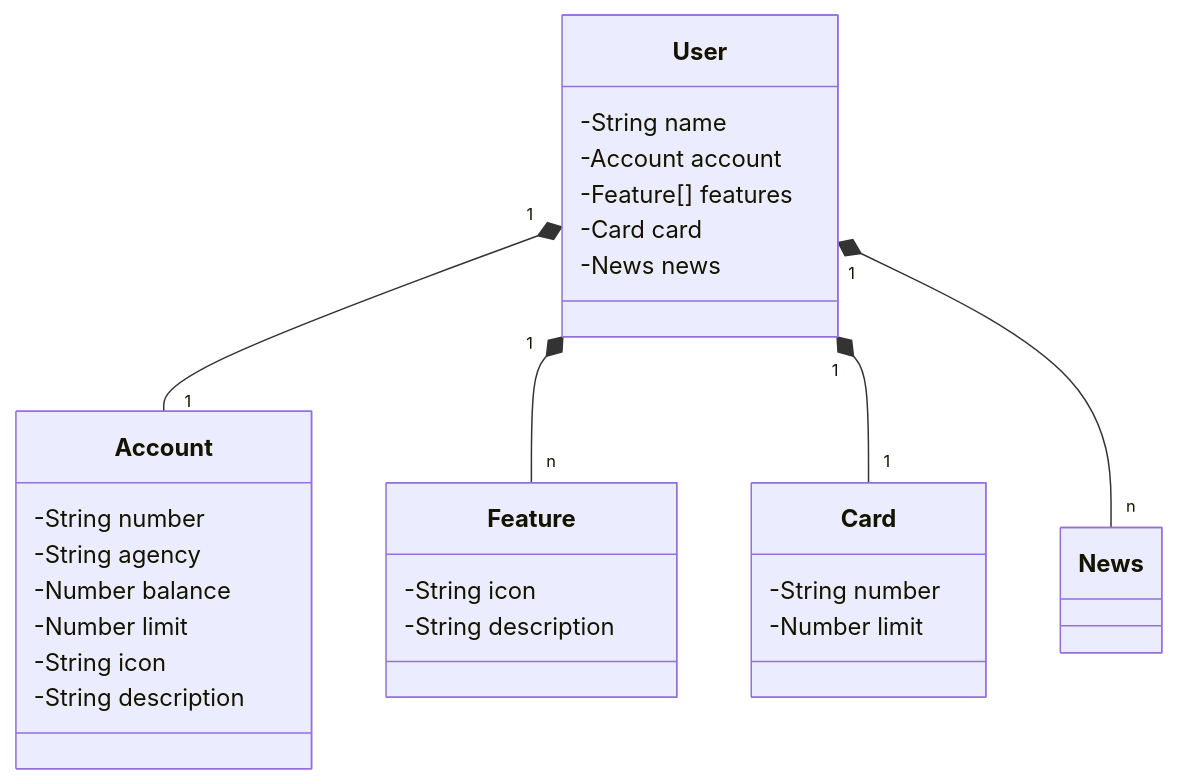
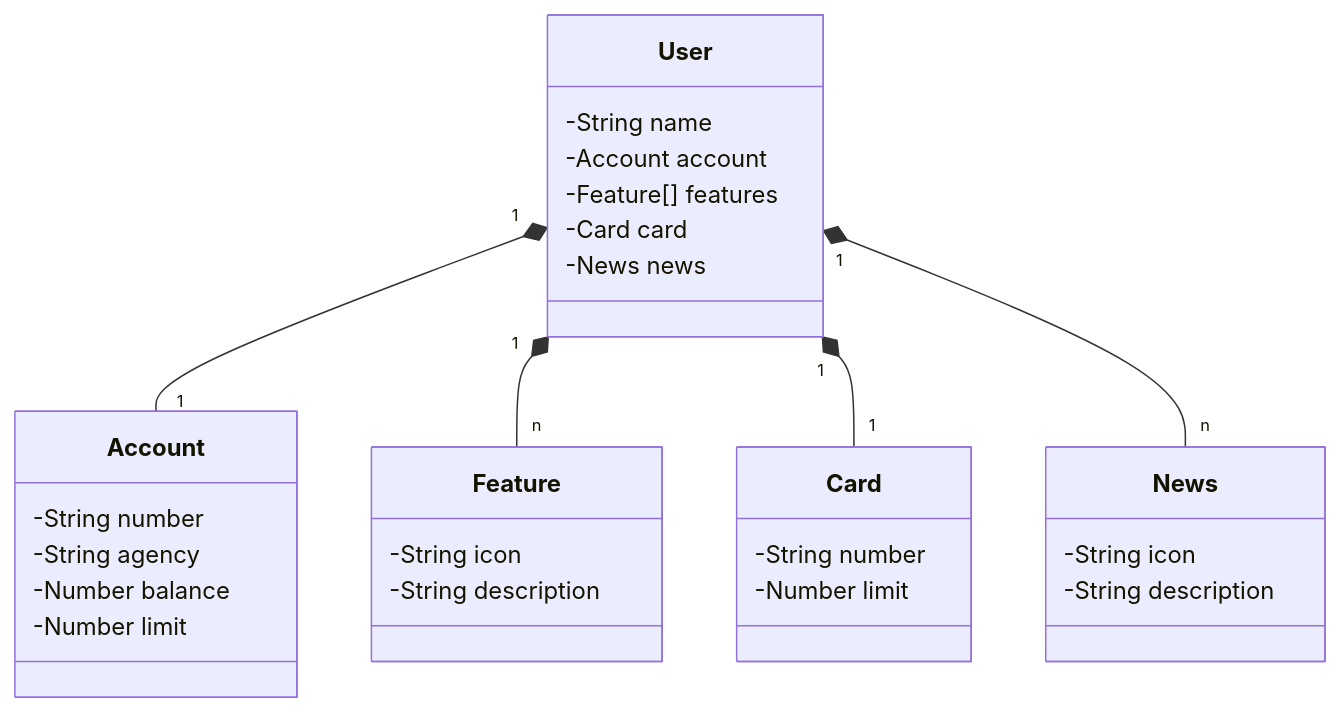
One commit to dantas-barreto/api_project changed the diagram in README.md. Above: the diagram before and after it, drawn with Mermaid.

````diff
--- a/README.md
+++ b/README.md
@@ -6,36 +6,36 @@
 ```mermaid
 classDiagram
   class User {
     -String name
     -Account account
     -Feature[] features
     -Card card
     -News news
   }
 
   class Account {
     -String number
     -String agency
     -Number balance
     -Number limit
   }
 
   class Feature {
     -String icon
     -String description
   }
 
   class Card {
     -String number
     -Number limit
   }
 
-  class Account {
+  class News {
     -String icon
     -String description
   }
   User "1" *-- "1" Account
   User "1" *-- "n" Feature
   User "1" *-- "1" Card
   User "1" *-- "n" News
 ```
````
